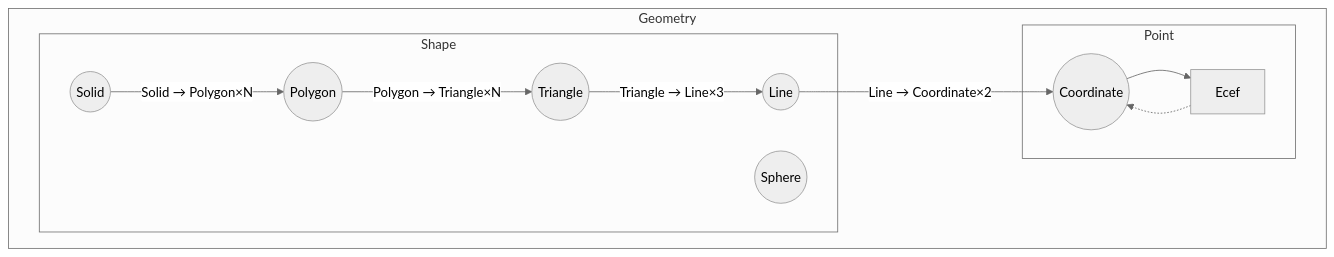
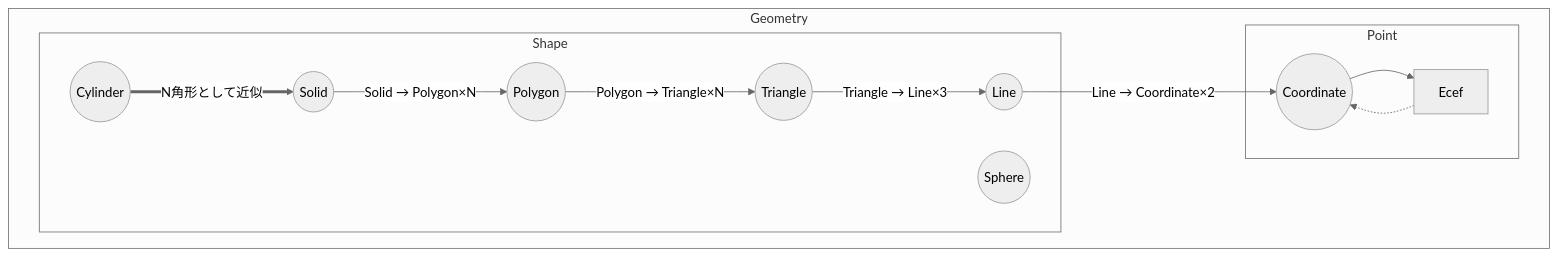
The diagram in docs/geometry-relation.md (AirBee-Project/Kasane-Logic), drawn with Mermaid (neutral theme) before and after one commit. The commit also changed other lines of this file and 1 other file, not shown here.

````diff
--- a/docs/geometry-relation.md
+++ b/docs/geometry-relation.md
@@ -3,38 +11,43 @@
 ```mermaid
 graph TB
 
 Coordinate((Coordinate))
 Line((Line))
 Triangle((Triangle))
 Polygon((Polygon))
 Solid((Solid))
 Sphere((Sphere))
+Cylinder((Cylinder))
 
 subgraph Geometry
   direction LR
+
     subgraph Point [Point]
         Coordinate
         Ecef
     end
 
     subgraph Shape [Shape]
         Line
         Triangle
         Polygon
         Solid
         Sphere
+        Cylinder
     end
-
 end
 
-%%点の定義
+%% 点の定義
 Coordinate --> Ecef
 Ecef -.-> Coordinate
 
-
-%%点以外の型定義
+%% 点以外の型定義
 Line -->|"Line → Coordinate×2"| Coordinate
 Triangle -->|"Triangle → Line×3"| Line
 Polygon -->|"Polygon → Triangle×N"| Triangle
 Solid -->|"Solid → Polygon×N"| Polygon
+
+%% 近似
+Cylinder ==>|"N角形として近似"| Solid
+
 ```
````
